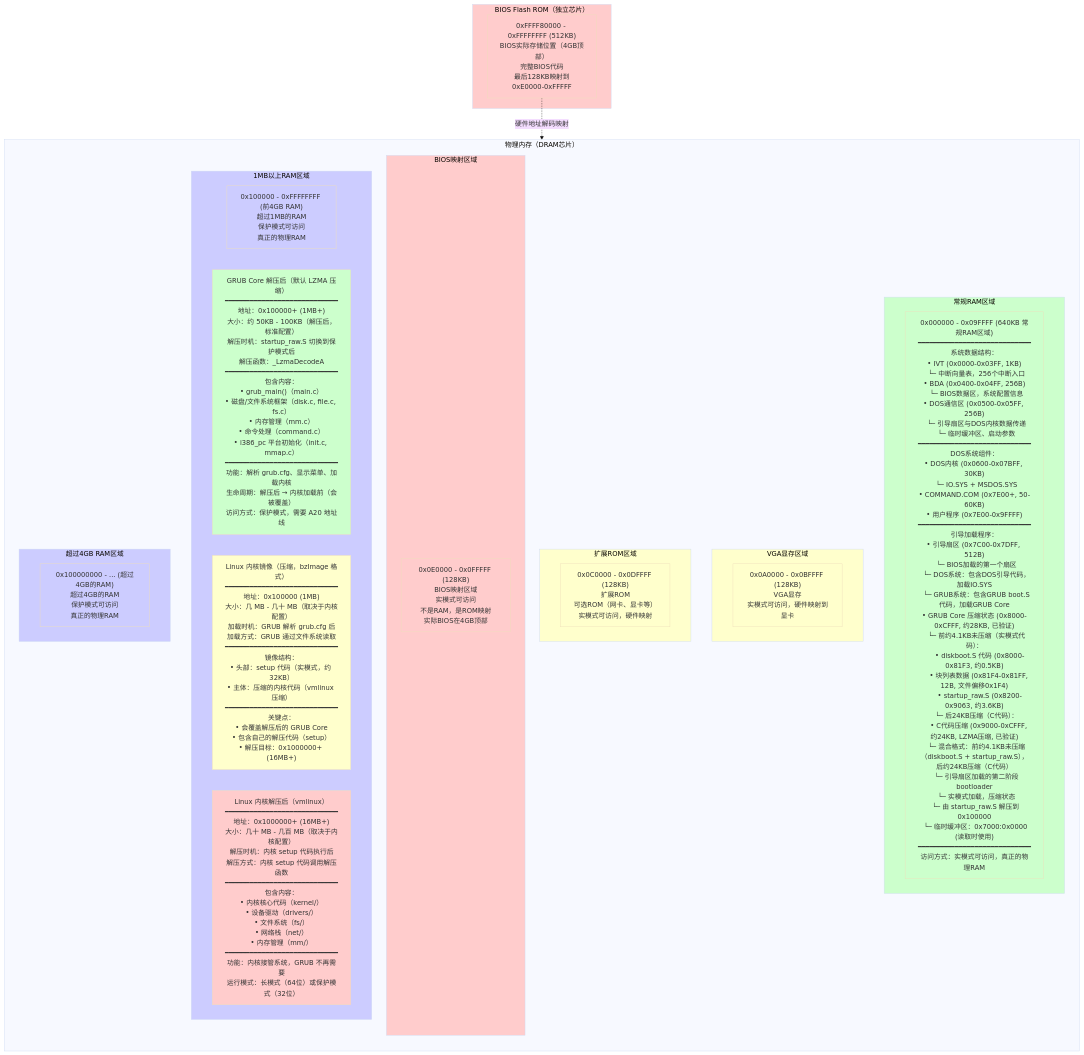
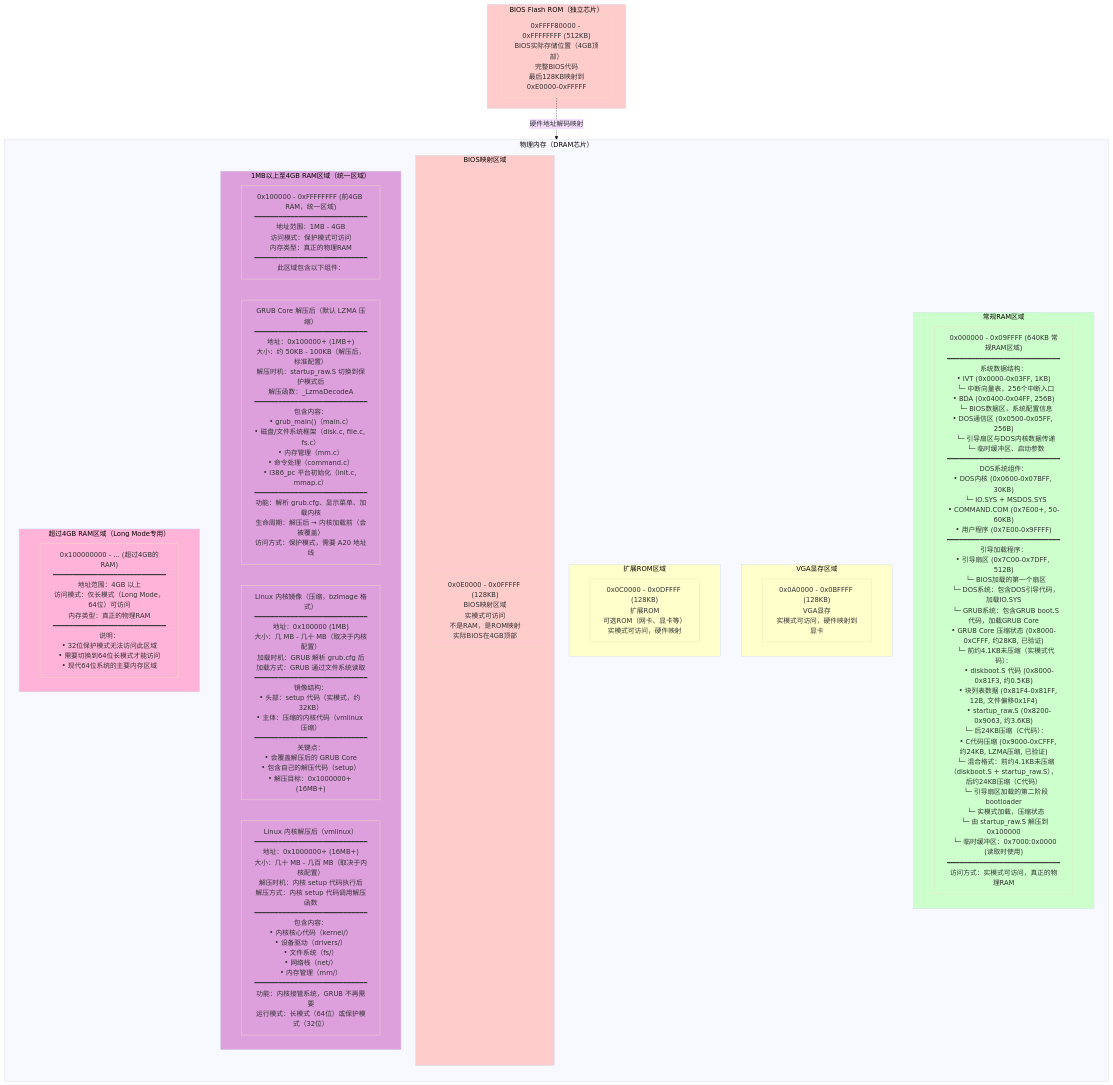
One commit to liweinan/bootimage-example changed the diagram in BIOS_MEMORY_LAYOUT.md. Above: the diagram before and after it, drawn with Mermaid (base theme). The commit also changed 1 other file, not shown here.

Commit message:
优化内存布局图和添加中断状态分析
- 优化 BIOS_MEMORY_LAYOUT.md 内存布局图：
  * 将 1MB-4GB 区域统一为紫色，消除歧义
  * 将 4GB 以上区域独立为粉色，明确标注为 Long Mode 专用
  * 更新区域描述，明确访问模式区别

- 添加 startup_raw.S 中断状态详细分析：
  * 分析 real_to_prot 调用前后的中断状态变化
  * 解释为什么 startup_raw.S 中没有显式的 cli 指令
  * 添加完整的中断状态变化流程图

````diff
--- a/BIOS_MEMORY_LAYOUT.md
+++ b/BIOS_MEMORY_LAYOUT.md
@@ -287,57 +287,57 @@
    ```mermaid
    flowchart TB
        subgraph DRAM["物理内存（DRAM芯片）"]
            direction TB
            
            subgraph Low640KB["常规RAM区域"]
                LowRAM["0x000000 - 0x09FFFF (640KB 常规RAM区域)<br/>━━━━━━━━━━━━━━━━━━━━━━━━━━━━<br/>系统数据结构：<br/>• IVT (0x0000-0x03FF, 1KB)<br/>  └─ 中断向量表，256个中断入口<br/>• BDA (0x0400-0x04FF, 256B)<br/>  └─ BIOS数据区，系统配置信息<br/>• DOS通信区 (0x0500-0x05FF, 256B)<br/>  └─ 引导扇区与DOS内核数据传递<br/>  └─ 临时缓冲区、启动参数<br/>━━━━━━━━━━━━━━━━━━━━━━━━━━━━<br/>DOS系统组件：<br/>• DOS内核 (0x0600-0x07BFF, 30KB)<br/>  └─ IO.SYS + MSDOS.SYS<br/>• COMMAND.COM (0x7E00+, 50-60KB)<br/>• 用户程序 (0x7E00-0x9FFFF)<br/>━━━━━━━━━━━━━━━━━━━━━━━━━━━━<br/>引导加载程序：<br/>• 引导扇区 (0x7C00-0x7DFF, 512B)<br/>  └─ BIOS加载的第一个扇区<br/>  └─ DOS系统：包含DOS引导代码，加载IO.SYS<br/>  └─ GRUB系统：包含GRUB boot.S代码，加载GRUB Core<br/>• GRUB Core 压缩状态 (0x8000-0xCFFF, 约28KB, 已验证)<br/>  └─ 前约4.1KB未压缩（实模式代码）：<br/>     • diskboot.S 代码 (0x8000-0x81F3, 约0.5KB)<br/>     • 块列表数据 (0x81F4-0x81FF, 12B, 文件偏移0x1F4)<br/>     • startup_raw.S (0x8200-0x9063, 约3.6KB)<br/>  └─ 后24KB压缩（C代码）：<br/>     • C代码压缩 (0x9000-0xCFFF, 约24KB, LZMA压缩, 已验证)<br/>  └─ 混合格式：前约4.1KB未压缩（diskboot.S + startup_raw.S），后约24KB压缩（C代码）<br/>  └─ 引导扇区加载的第二阶段bootloader<br/>  └─ 实模式加载，压缩状态<br/>  └─ 由 startup_raw.S 解压到 0x100000<br/>  └─ 临时缓冲区：0x7000:0x0000 (读取时使用)<br/>━━━━━━━━━━━━━━━━━━━━━━━━━━━━<br/>访问方式：实模式可访问，真正的物理RAM"]
            end
            
            subgraph VGARAM["VGA显存区域"]
                VGAMem["0x0A0000 - 0x0BFFFF (128KB)<br/>VGA显存<br/>实模式可访问，硬件映射到显卡"]
            end
            
            subgraph ExtROM["扩展ROM区域"]
                OptionROM["0x0C0000 - 0x0DFFFF (128KB)<br/>扩展ROM<br/>可选ROM（网卡、显卡等）<br/>实模式可访问，硬件映射"]
            end
            
            subgraph BIOSMap["BIOS映射区域"]
                BIOSMapped["0x0E0000 - 0x0FFFFF (128KB)<br/>BIOS映射区域<br/>实模式可访问<br/>不是RAM，是ROM映射<br/>实际BIOS在4GB顶部"]
            end
            
-           subgraph Above1MB["1MB以上RAM区域"]
-               RAM4GB["0x100000 - 0xFFFFFFFF (前4GB RAM)<br/>超过1MB的RAM<br/>保护模式可访问<br/>真正的物理RAM"]
+           subgraph Above1MB["1MB以上至4GB RAM区域（统一区域）"]
+               RAM4GB["0x100000 - 0xFFFFFFFF (前4GB RAM，统一区域)<br/>━━━━━━━━━━━━━━━━━━━━━━━━━━━━<br/>地址范围：1MB - 4GB<br/>访问模式：保护模式可访问<br/>内存类型：真正的物理RAM<br/>━━━━━━━━━━━━━━━━━━━━━━━━━━━━<br/>此区域包含以下组件："]
                GRUBDecomp["GRUB Core 解压后（默认 LZMA 压缩）<br/>━━━━━━━━━━━━━━━━━━━━━━━━━━━━<br/>地址：0x100000+ (1MB+)<br/>大小：约 50KB - 100KB（解压后，标准配置）<br/>解压时机：startup_raw.S 切换到保护模式后<br/>解压函数：_LzmaDecodeA<br/>━━━━━━━━━━━━━━━━━━━━━━━━━━━━<br/>包含内容：<br/>• grub_main()（main.c）<br/>• 磁盘/文件系统框架（disk.c, file.c, fs.c）<br/>• 内存管理（mm.c）<br/>• 命令处理（command.c）<br/>• i386_pc 平台初始化（init.c, mmap.c）<br/>━━━━━━━━━━━━━━━━━━━━━━━━━━━━<br/>功能：解析 grub.cfg、显示菜单、加载内核<br/>生命周期：解压后 → 内核加载前（会被覆盖）<br/>访问方式：保护模式，需要 A20 地址线"]
                KernelLoad["Linux 内核镜像（压缩，bzImage 格式）<br/>━━━━━━━━━━━━━━━━━━━━━━━━━━━━<br/>地址：0x100000 (1MB)<br/>大小：几 MB - 几十 MB（取决于内核配置）<br/>加载时机：GRUB 解析 grub.cfg 后<br/>加载方式：GRUB 通过文件系统读取<br/>━━━━━━━━━━━━━━━━━━━━━━━━━━━━<br/>镜像结构：<br/>• 头部：setup 代码（实模式，约 32KB）<br/>• 主体：压缩的内核代码（vmlinux 压缩）<br/>━━━━━━━━━━━━━━━━━━━━━━━━━━━━<br/>关键点：<br/>• 会覆盖解压后的 GRUB Core<br/>• 包含自己的解压代码（setup）<br/>• 解压目标：0x1000000+ (16MB+)"]
                KernelDecomp["Linux 内核解压后（vmlinux）<br/>━━━━━━━━━━━━━━━━━━━━━━━━━━━━<br/>地址：0x1000000+ (16MB+)<br/>大小：几十 MB - 几百 MB（取决于内核配置）<br/>解压时机：内核 setup 代码执行后<br/>解压方式：内核 setup 代码调用解压函数<br/>━━━━━━━━━━━━━━━━━━━━━━━━━━━━<br/>包含内容：<br/>• 内核核心代码（kernel/）<br/>• 设备驱动（drivers/）<br/>• 文件系统（fs/）<br/>• 网络栈（net/）<br/>• 内存管理（mm/）<br/>━━━━━━━━━━━━━━━━━━━━━━━━━━━━<br/>功能：内核接管系统，GRUB 不再需要<br/>运行模式：长模式（64位）或保护模式（32位）"]
            end
            
-           subgraph Above4GB["超过4GB RAM区域"]
-               RAM8GB["0x100000000 - ... (超过4GB的RAM)<br/>超过4GB的RAM<br/>保护模式可访问<br/>真正的物理RAM"]
+           subgraph Above4GB["超过4GB RAM区域（Long Mode专用）"]
+               RAM8GB["0x100000000 - ... (超过4GB的RAM)<br/>━━━━━━━━━━━━━━━━━━━━━━━━━━━━<br/>地址范围：4GB 以上<br/>访问模式：仅长模式（Long Mode，64位）可访问<br/>内存类型：真正的物理RAM<br/>━━━━━━━━━━━━━━━━━━━━━━━━━━━━<br/>说明：<br/>• 32位保护模式无法访问此区域<br/>• 需要切换到64位长模式才能访问<br/>• 现代64位系统的主要内存区域"]
            end
        end
        
        subgraph BIOSROM["BIOS Flash ROM（独立芯片）"]
            BIOSFull["0xFFFF80000 - 0xFFFFFFFF (512KB)<br/>BIOS实际存储位置（4GB顶部）<br/>完整BIOS代码<br/>最后128KB映射到0xE0000-0xFFFFF"]
        end
        
        BIOSFull -.->|"硬件地址解码映射"| BIOSMapped
        
        style Low640KB fill:#ccffcc
        style LowRAM fill:#ccffcc
        style VGARAM fill:#ffffcc
        style VGAMem fill:#ffffcc
        style ExtROM fill:#ffffcc
        style OptionROM fill:#ffffcc
        style BIOSMap fill:#ffcccc
        style BIOSMapped fill:#ffcccc
-       style Above1MB fill:#ccccff
-       style RAM4GB fill:#ccccff
-       style GRUBDecomp fill:#ccffcc
-       style KernelLoad fill:#ffffcc
-       style KernelDecomp fill:#ffcccc
-       style Above4GB fill:#ccccff
-       style RAM8GB fill:#ccccff
+       style Above1MB fill:#dda0dd
+       style RAM4GB fill:#dda0dd
+       style GRUBDecomp fill:#dda0dd
+       style KernelLoad fill:#dda0dd
+       style KernelDecomp fill:#dda0dd
+       style Above4GB fill:#ffb3d9
+       style RAM8GB fill:#ffb3d9
        style BIOSROM fill:#ffcccc
        style BIOSFull fill:#ffcccc
    ```
````
